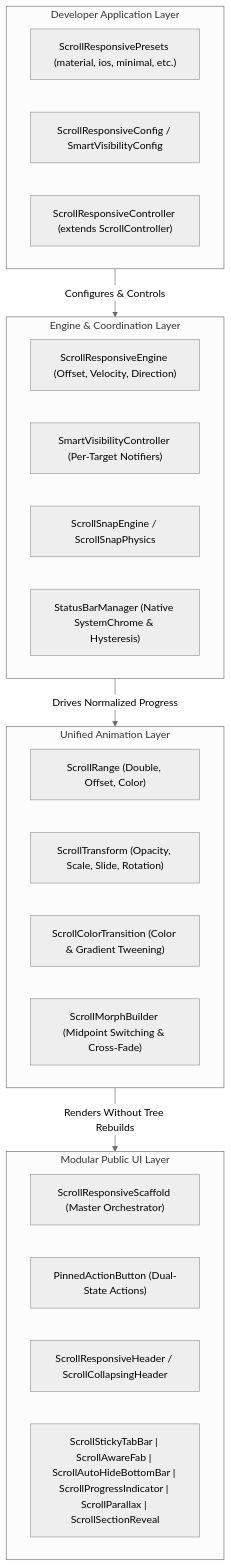
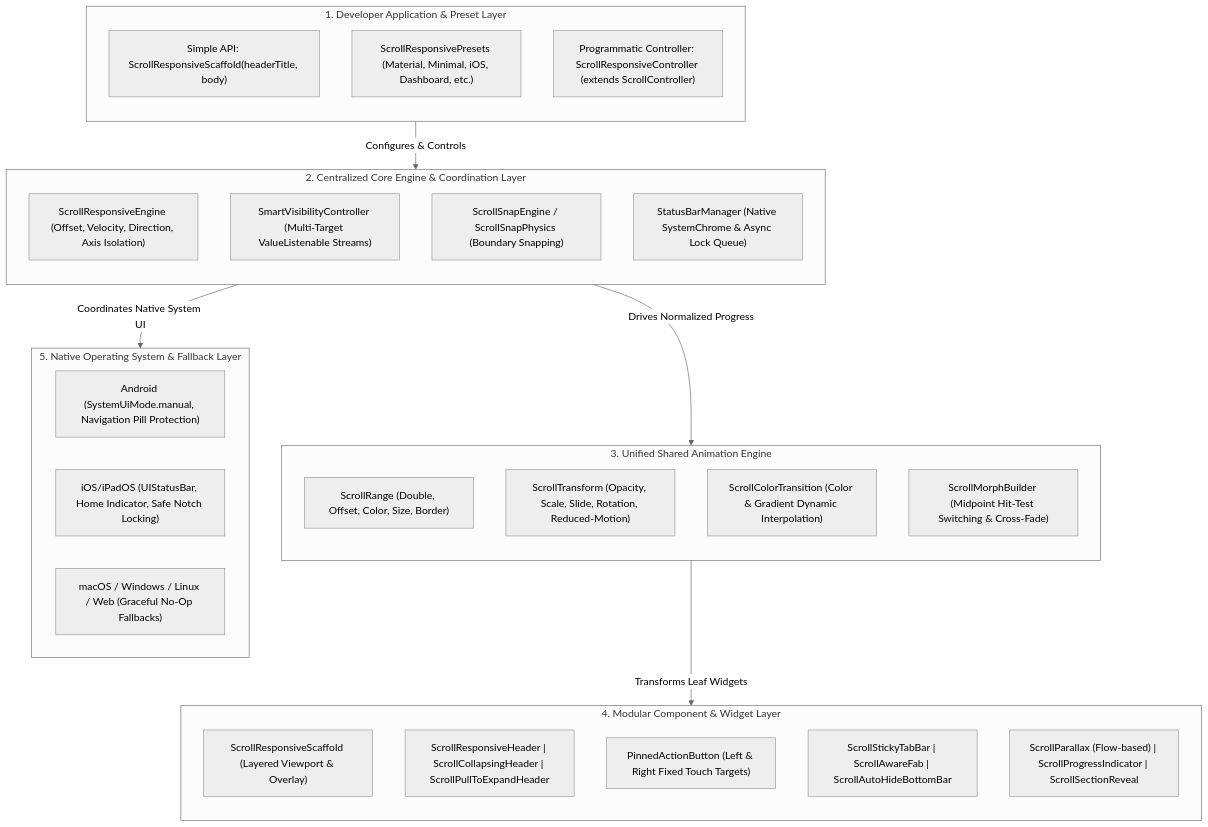
The first of 3 diagrams in ARCHITECTURE.md (juwelzan/app_bar_ui), drawn with Mermaid (neutral theme) before and after one commit. The commit also changed other lines of this file, not shown here.

Commit message:
docs(phase-1): finalize exhaustive architectural specifications across all 8 core domains

````diff
--- a/ARCHITECTURE.md
+++ b/ARCHITECTURE.md
@@ -7,33 +7,45 @@
 ```mermaid
 flowchart TD
-    subgraph Client["Developer Application Layer"]
-        Preset["ScrollResponsivePresets (material, ios, minimal, etc.)"]
-        Config["ScrollResponsiveConfig / SmartVisibilityConfig"]
-        Controller["ScrollResponsiveController (extends ScrollController)"]
+    subgraph ClientLayer["1. Developer Application & Preset Layer"]
+        direction TB
+        SimpleUsage["Simple API: ScrollResponsiveScaffold(headerTitle, body)"]
+        PresetSystem["ScrollResponsivePresets (Material, Minimal, iOS, Dashboard, etc.)"]
+        AdvancedController["Programmatic Controller: ScrollResponsiveController (extends ScrollController)"]
     end
 
-    subgraph CoreEngine["Engine & Coordination Layer"]
-        ScrollEngine["ScrollResponsiveEngine (Offset, Velocity, Direction)"]
-        VisController["SmartVisibilityController (Per-Target Notifiers)"]
-        SnapEngine["ScrollSnapEngine / ScrollSnapPhysics"]
-        StatusManager["StatusBarManager (Native SystemChrome & Hysteresis)"]
+    subgraph EngineLayer["2. Centralized Core Engine & Coordination Layer"]
+        direction TB
+        ScrollEngine["ScrollResponsiveEngine (Offset, Velocity, Direction, Axis Isolation)"]
+        VisibilityEngine["SmartVisibilityController (Multi-Target ValueListenable Streams)"]
+        SnapEngine["ScrollSnapEngine / ScrollSnapPhysics (Boundary Snapping)"]
+        SystemUIManager["StatusBarManager (Native SystemChrome & Async Lock Queue)"]
     end
 
-    subgraph AnimationLayer["Unified Animation Layer"]
-        ScrollRange["ScrollRange<T> (Double, Offset, Color)"]
-        ScrollTransform["ScrollTransform (Opacity, Scale, Slide, Rotation)"]
-        ScrollColor["ScrollColorTransition (Color & Gradient Tweening)"]
-        ScrollMorph["ScrollMorphBuilder (Midpoint Switching & Cross-Fade)"]
+    subgraph AnimationLayer["3. Unified Shared Animation Engine"]
+        direction TB
+        ScrollRange["ScrollRange<T> (Double, Offset, Color, Size, Border)"]
+        ScrollTransform["ScrollTransform (Opacity, Scale, Slide, Rotation, Reduced-Motion)"]
+        ColorTween["ScrollColorTransition (Color & Gradient Dynamic Interpolation)"]
+        MorphBuilder["ScrollMorphBuilder (Midpoint Hit-Test Switching & Cross-Fade)"]
     end
 
-    subgraph WidgetLayer["Modular Public UI Layer"]
-        ScaffoldWidget["ScrollResponsiveScaffold (Master Orchestrator)"]
-        PinnedActions["PinnedActionButton (Dual-State Actions)"]
-        HeaderWidget["ScrollResponsiveHeader / ScrollCollapsingHeader"]
-        AuxiliaryWidgets["ScrollStickyTabBar | ScrollAwareFab | ScrollAutoHideBottomBar | ScrollProgressIndicator | ScrollParallax | ScrollSectionReveal"]
+    subgraph ComponentLayer["4. Modular Component & Widget Layer"]
+        direction TB
+        MasterScaffold["ScrollResponsiveScaffold (Layered Viewport & Overlay)"]
+        HeaderModules["ScrollResponsiveHeader | ScrollCollapsingHeader | ScrollPullToExpandHeader"]
+        ActionModules["PinnedActionButton (Left & Right Fixed Touch Targets)"]
+        NavModules["ScrollStickyTabBar | ScrollAwareFab | ScrollAutoHideBottomBar"]
+        ViewportModules["ScrollParallax (Flow-based) | ScrollProgressIndicator | ScrollSectionReveal"]
     end
 
-    Client -->|Configures & Controls| CoreEngine
-    CoreEngine -->|Drives Normalized Progress| AnimationLayer
-    AnimationLayer -->|Renders Without Tree Rebuilds| WidgetLayer
+    subgraph PlatformLayer["5. Native Operating System & Fallback Layer"]
+        AndroidSys["Android (SystemUiMode.manual, Navigation Pill Protection)"]
+        IosSys["iOS/iPadOS (UIStatusBar, Home Indicator, Safe Notch Locking)"]
+        DesktopWeb["macOS / Windows / Linux / Web (Graceful No-Op Fallbacks)"]
+    end
+
+    ClientLayer -->|Configures & Controls| EngineLayer
+    EngineLayer -->|Drives Normalized Progress| AnimationLayer
+    AnimationLayer -->|Transforms Leaf Widgets| ComponentLayer
+    EngineLayer -->|Coordinates Native System UI| PlatformLayer
 ```
````
